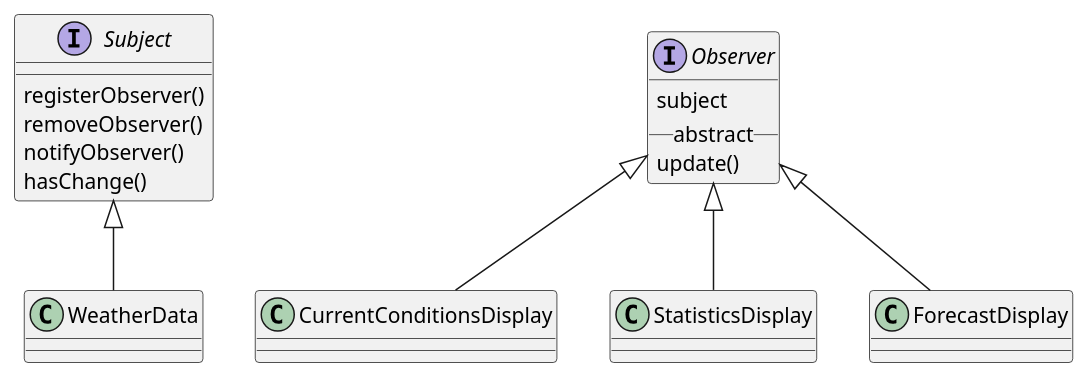
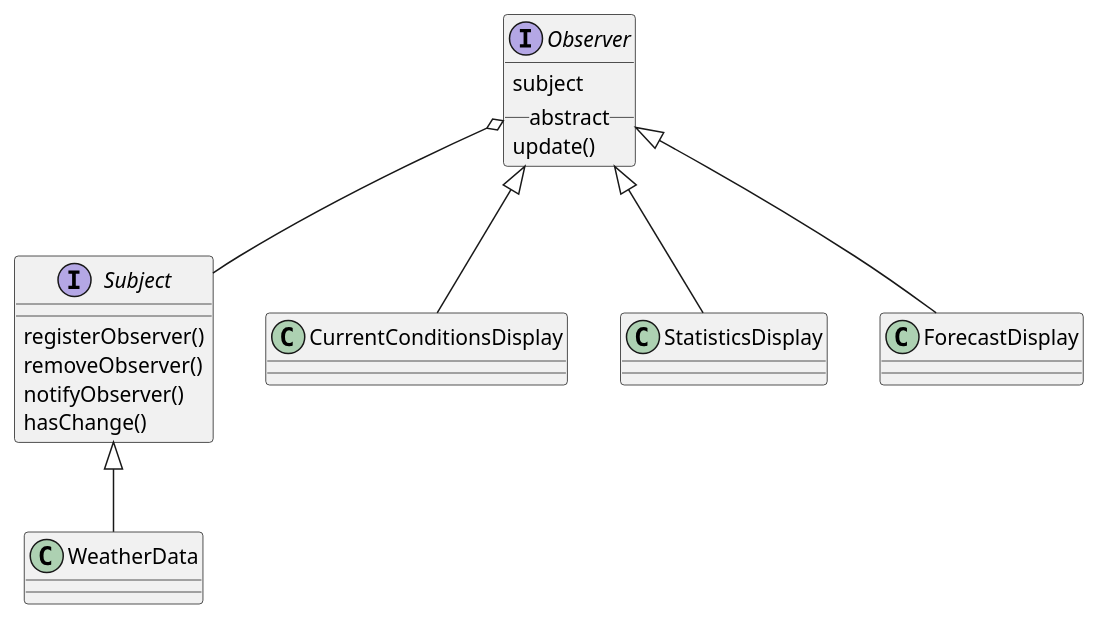
One commit to gama79530/DesignPattern changed the diagram in ObserverPattern/ObserverPattern.puml. Above: the diagram before and after it, drawn with PlantUML.

Commit message:
update Observer Pattern

```diff
--- a/ObserverPattern/ObserverPattern.puml
+++ b/ObserverPattern/ObserverPattern.puml
@@ -1,22 +1,24 @@
 @startuml
 
 interface Subject{
     registerObserver()
     removeObserver()
     notifyObserver()
     hasChange()
 }
 
 interface Observer{
     subject
     __ abstract __
     update()
 }
 
 Subject <|-- WeatherData
 
 Observer <|-- CurrentConditionsDisplay
 Observer <|-- StatisticsDisplay
 Observer <|-- ForecastDisplay
 
+Observer o-- Subject
+
 @enduml
```
